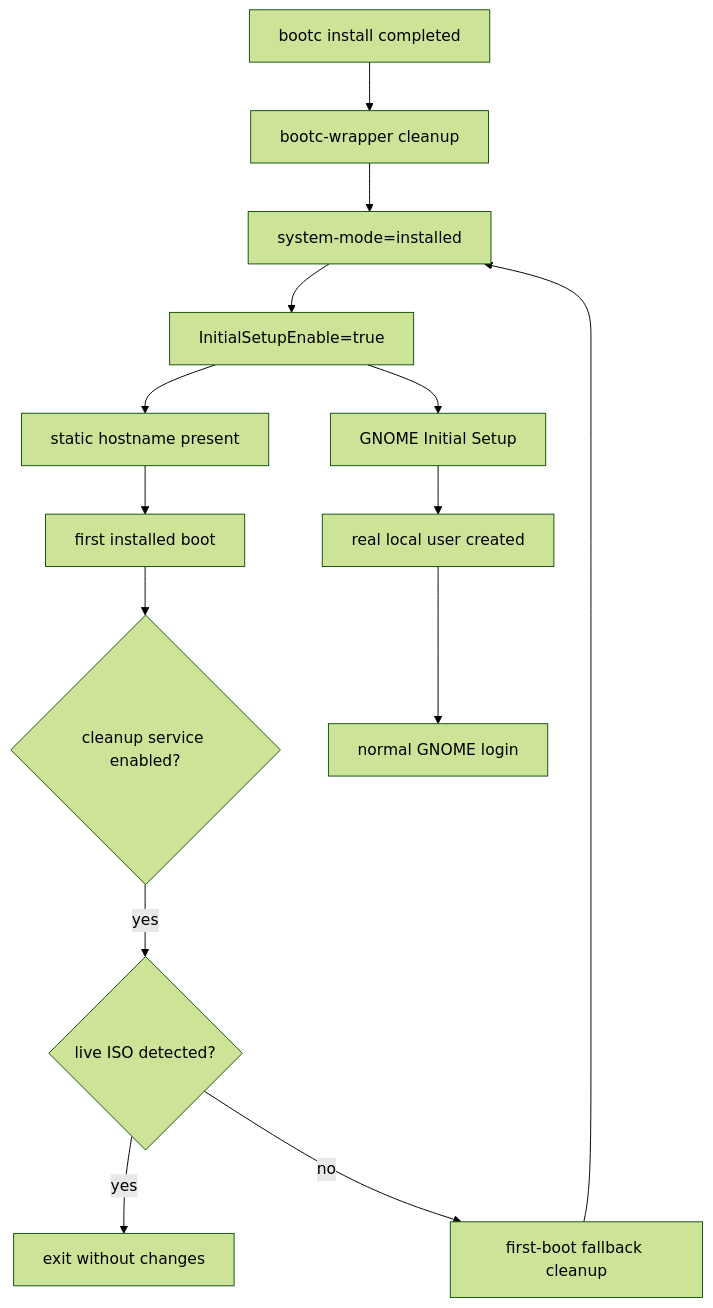
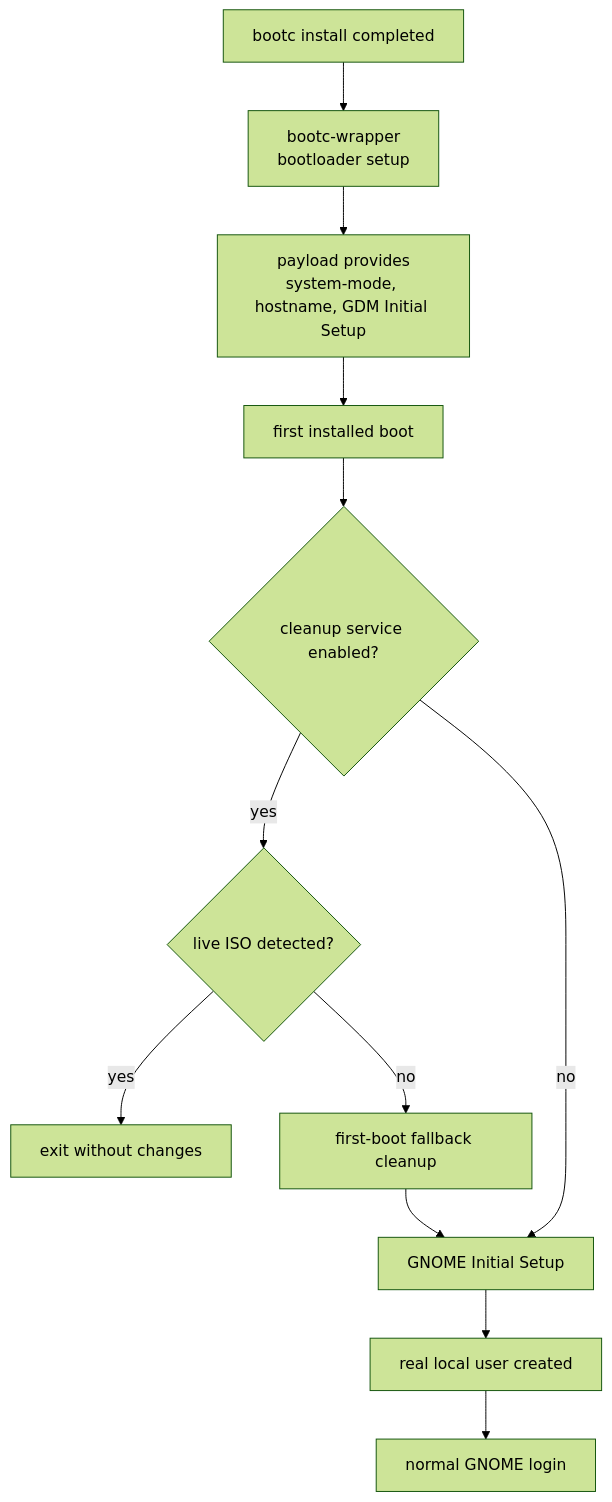
One commit to luminusOS/images changed the ninth of 15 diagrams in ARCHITECTURE.md. Above: the diagram before and after it, drawn with Mermaid (forest theme). The commit also changed other lines of this file and 34 other files, not shown here.

````diff
--- a/ARCHITECTURE.md
+++ b/ARCHITECTURE.md
@@ -463,23 +442,22 @@
 ```mermaid
 flowchart TD
     InstallDone["bootc install completed"]
-    WrapperCleanup["bootc-wrapper cleanup"]
-    WriteInstalled["system-mode=installed"]
-    WriteGDM["InitialSetupEnable=true"]
-    WriteHostname["static hostname present"]
+    Bootloader["bootc-wrapper<br/>bootloader setup"]
+    PayloadReady["payload provides<br/>system-mode, hostname, GDM Initial Setup"]
     FirstBoot["first installed boot"]
     CleanupService{"cleanup service enabled?"}
     LiveCheck{"live ISO detected?"}
     Exit["exit without changes"]
     Fallback["first-boot fallback cleanup"]
     GIS["GNOME Initial Setup"]
     User["real local user created"]
     NormalSession["normal GNOME login"]
 
-    InstallDone --> WrapperCleanup --> WriteInstalled --> WriteGDM --> WriteHostname --> FirstBoot
+    InstallDone --> Bootloader --> PayloadReady --> FirstBoot
     FirstBoot --> CleanupService
     CleanupService -->|yes| LiveCheck
+    CleanupService -->|no| GIS
     LiveCheck -->|yes| Exit
-    LiveCheck -->|no| Fallback --> WriteInstalled
-    WriteGDM --> GIS --> User --> NormalSession
+    LiveCheck -->|no| Fallback --> GIS
+    GIS --> User --> NormalSession
 ```
````
